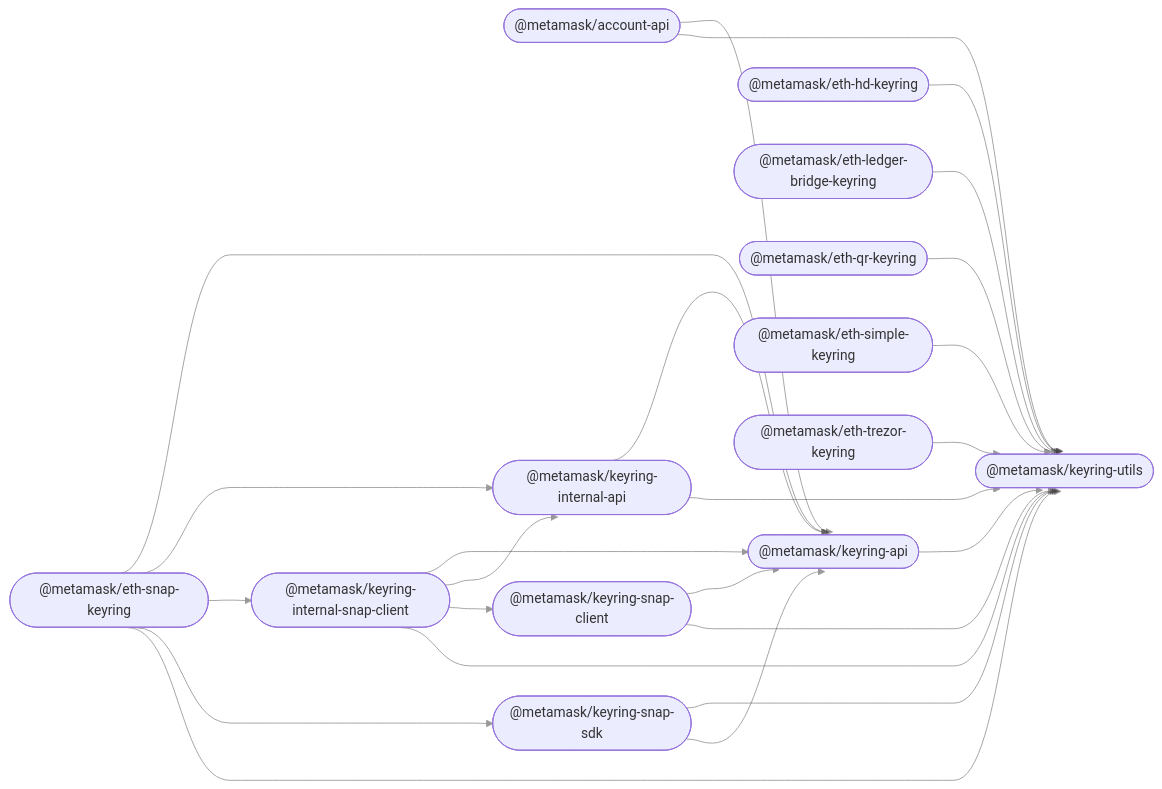
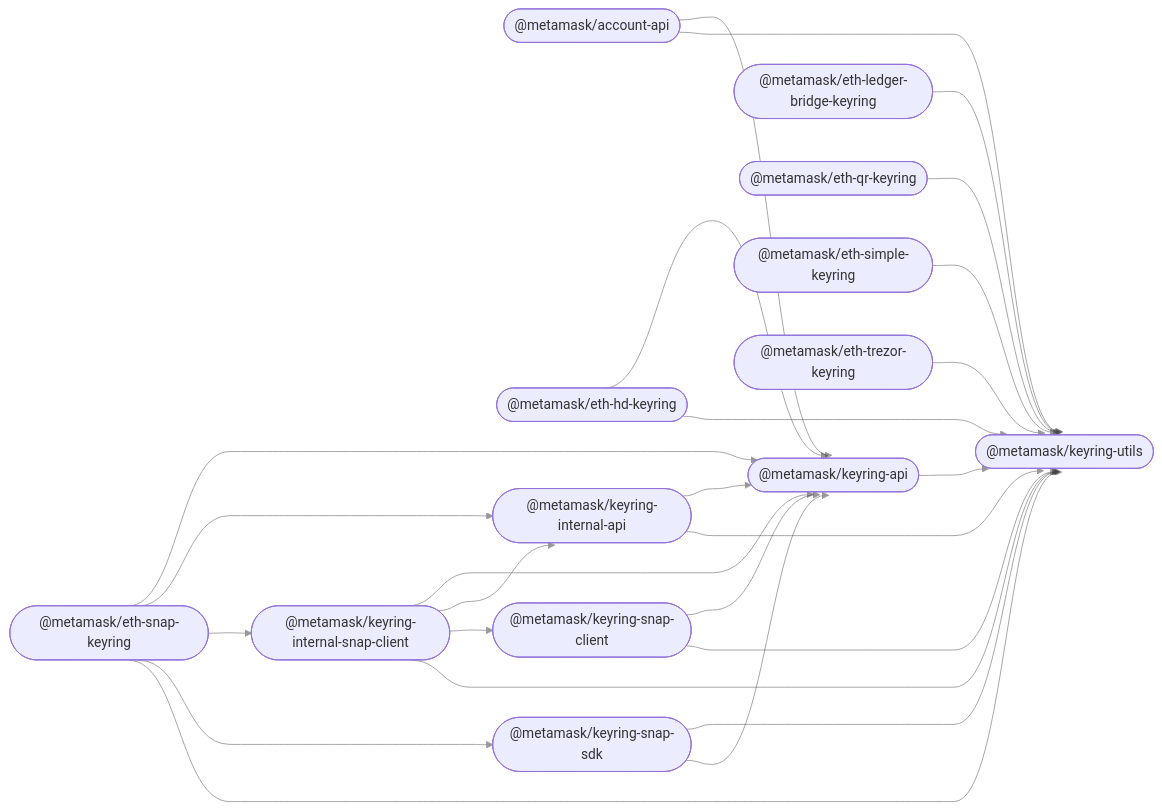
One commit to MetaMask/accounts changed the diagram in README.md. Above: the diagram before and after it, drawn with Mermaid. The commit also changed 1 other file, not shown here.

Commit message:
fix: increase coverage, fix readme graph, fix lint issue

````diff
--- a/README.md
+++ b/README.md
@@ -35,41 +35,42 @@
 ```mermaid
 %%{ init: { 'flowchart': { 'curve': 'bumpX' } } }%%
 graph LR;
 linkStyle default opacity:0.5
   account_api(["@metamask/account-api"]);
   keyring_api(["@metamask/keyring-api"]);
   eth_hd_keyring(["@metamask/eth-hd-keyring"]);
   eth_ledger_bridge_keyring(["@metamask/eth-ledger-bridge-keyring"]);
   eth_qr_keyring(["@metamask/eth-qr-keyring"]);
   eth_simple_keyring(["@metamask/eth-simple-keyring"]);
   eth_trezor_keyring(["@metamask/eth-trezor-keyring"]);
   keyring_internal_api(["@metamask/keyring-internal-api"]);
   keyring_internal_snap_client(["@metamask/keyring-internal-snap-client"]);
   eth_snap_keyring(["@metamask/eth-snap-keyring"]);
   keyring_snap_client(["@metamask/keyring-snap-client"]);
   keyring_snap_sdk(["@metamask/keyring-snap-sdk"]);
   keyring_utils(["@metamask/keyring-utils"]);
   account_api --> keyring_api;
   account_api --> keyring_utils;
   keyring_api --> keyring_utils;
+  eth_hd_keyring --> keyring_api;
   eth_hd_keyring --> keyring_utils;
   eth_ledger_bridge_keyring --> keyring_utils;
   eth_qr_keyring --> keyring_utils;
   eth_simple_keyring --> keyring_utils;
   eth_trezor_keyring --> keyring_utils;
   keyring_internal_api --> keyring_api;
   keyring_internal_api --> keyring_utils;
   keyring_internal_snap_client --> keyring_api;
   keyring_internal_snap_client --> keyring_internal_api;
   keyring_internal_snap_client --> keyring_snap_client;
   keyring_internal_snap_client --> keyring_utils;
   eth_snap_keyring --> keyring_api;
   eth_snap_keyring --> keyring_internal_api;
   eth_snap_keyring --> keyring_internal_snap_client;
   eth_snap_keyring --> keyring_snap_sdk;
   eth_snap_keyring --> keyring_utils;
   keyring_snap_client --> keyring_api;
   keyring_snap_client --> keyring_utils;
   keyring_snap_sdk --> keyring_utils;
   keyring_snap_sdk --> keyring_api;
 ```
````
